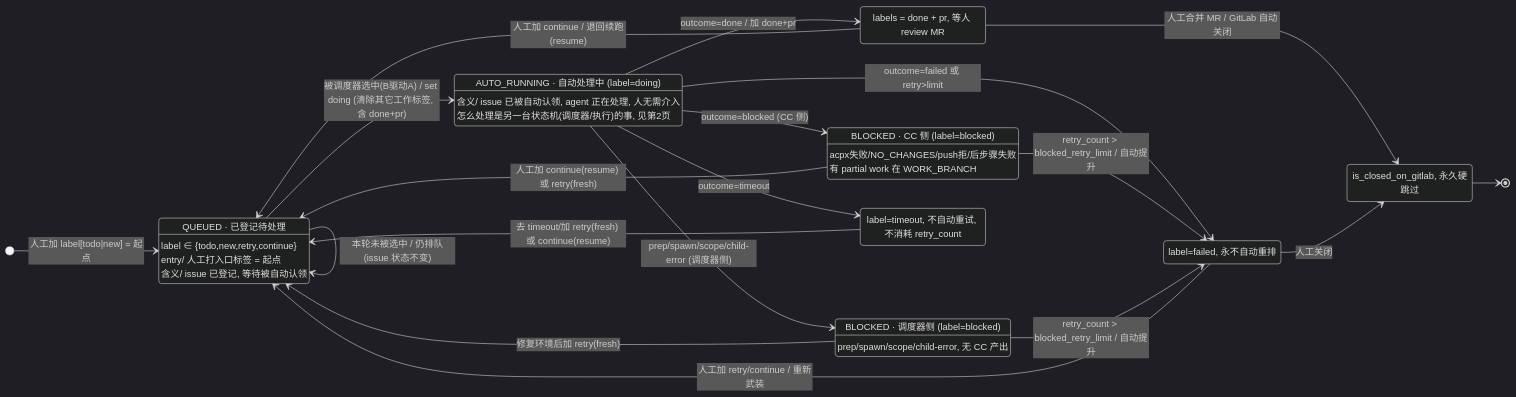
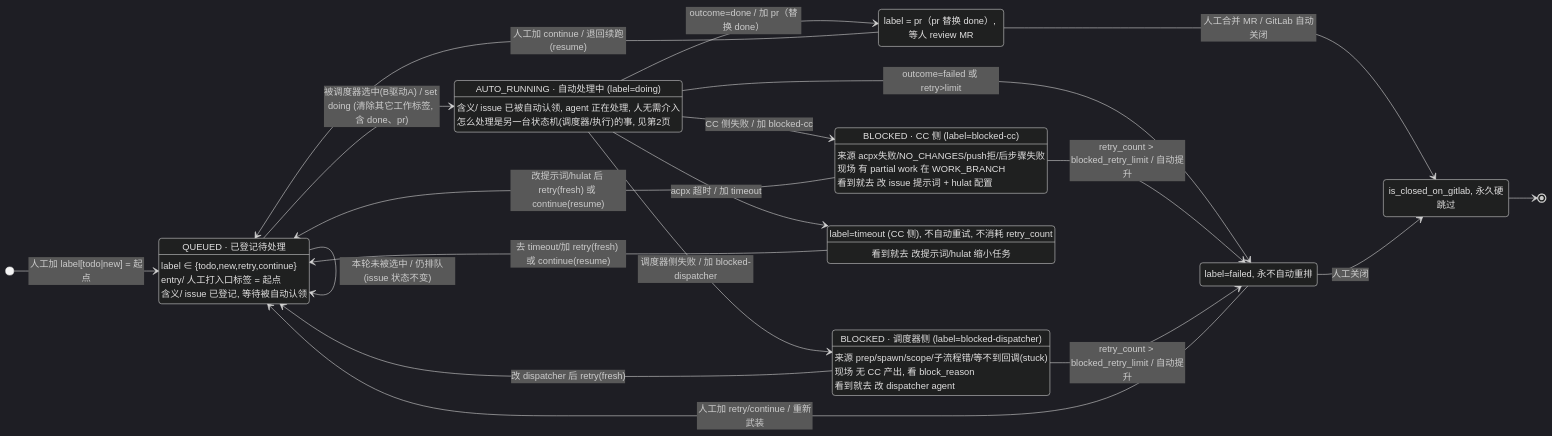
Before and after one commit to YCyberNexus/MyOpenClawAgents: the diagram in statemachine.v2.md, drawn with Mermaid (dark theme). The commit also changed other lines of this file and 1 other file, not shown here.

Commit message:
重构：状态机 v2 失败中间态按归因拆分，pr 改为替换 done
按评审「看到状态就知道该如何处理」的核心思想改造失败中间态：
把单一 blocked 按归因拆成两个独立 label / 状态——blocked-cc
（CC 侧：acpx 失败 / NO_CHANGES / push 拒 / 后步骤失败，去改 issue
提示词 + hulat）与 blocked-dispatcher（调度器侧：prep / spawn /
scope / 子流程错 / 等不到回调，去改 dispatcher agent）。timeout 保持
单一 CC 侧状态（实现里只由 acpx 跑超 wall-clock 产生）。

同时把 done+pr 改为 pr 替换 done：建 MR 后 add pr 的同时 remove done，
待评审态只剩 pr；据此第3条「label 是否独立」结论翻转为单一互斥维度。

另外清理 issue 状态机与 dispatcher 状态机的混画（AUTO_RUNNING 不再
写 dispatcher 内部步骤），拉大方框间距并缩短连线 label。

仅改状态机图与说明文档（设计提案），未改 agent 脚本 / 代码；落地需配套
改 ensure_labels / set_issue_label / reconcile / campaign 分类 / executor。

本次改动由 Claude Code 生成。

````diff
--- a/statemachine.v2.md
+++ b/statemachine.v2.md
@@ -94,49 +100,53 @@
 ```mermaid
 stateDiagram-v2
     direction LR
     [*] --> QUEUED : 人工加 label[todo|new] = 起点
 
     QUEUED : QUEUED · 已登记待处理
     QUEUED : label ∈ {todo,new,retry,continue}
     QUEUED : entry/ 人工打入口标签 = 起点
     QUEUED : 含义/ issue 已登记, 等待被自动认领
 
     QUEUED --> QUEUED       : 本轮未被选中 / 仍排队(issue 状态不变)
-    QUEUED --> AUTO_RUNNING : 被调度器选中(B驱动A) / set doing (清除其它工作标签, 含 done+pr)
+    QUEUED --> AUTO_RUNNING : 被调度器选中(B驱动A) / set doing (清除其它工作标签, 含 done、pr)
 
     AUTO_RUNNING : AUTO_RUNNING · 自动处理中 (label=doing)
     AUTO_RUNNING : 含义/ issue 已被自动认领, agent 正在处理, 人无需介入
     AUTO_RUNNING : 怎么处理是另一台状态机(调度器/执行)的事, 见第2页
 
-    AUTO_RUNNING --> AWAITING_REVIEW : outcome=done / 加 done+pr
-    AUTO_RUNNING --> BLOCKED_CC      : outcome=blocked (CC 侧)
-    AUTO_RUNNING --> BLOCKED_DISP    : prep/spawn/scope/child-error (调度器侧)
-    AUTO_RUNNING --> TIMEOUT         : outcome=timeout
+    AUTO_RUNNING --> AWAITING_REVIEW : outcome=done / 加 pr（替换 done）
+    AUTO_RUNNING --> BLOCKED_CC      : CC 侧失败 / 加 blocked-cc
+    AUTO_RUNNING --> BLOCKED_DISP    : 调度器侧失败 / 加 blocked-dispatcher
+    AUTO_RUNNING --> TIMEOUT         : acpx 超时 / 加 timeout
     AUTO_RUNNING --> FAILED          : outcome=failed 或 retry>limit
 
-    state "BLOCKED · CC 侧 (label=blocked)" as BLOCKED_CC
-    BLOCKED_CC : acpx失败/NO_CHANGES/push拒/后步骤失败
-    BLOCKED_CC : 有 partial work 在 WORK_BRANCH
+    state "BLOCKED · CC 侧 (label=blocked-cc)" as BLOCKED_CC
+    BLOCKED_CC : 来源 acpx失败/NO_CHANGES/push拒/后步骤失败
+    BLOCKED_CC : 现场 有 partial work 在 WORK_BRANCH
+    BLOCKED_CC : 看到就去 改 issue 提示词 + hulat 配置
 
-    state "BLOCKED · 调度器侧 (label=blocked)" as BLOCKED_DISP
-    BLOCKED_DISP : prep/spawn/scope/child-error, 无 CC 产出
+    state "BLOCKED · 调度器侧 (label=blocked-dispatcher)" as BLOCKED_DISP
+    BLOCKED_DISP : 来源 prep/spawn/scope/子流程错/等不到回调(stuck)
+    BLOCKED_DISP : 现场 无 CC 产出, 看 block_reason
+    BLOCKED_DISP : 看到就去 改 dispatcher agent
 
-    AWAITING_REVIEW : labels = done + pr, 等人 review MR
+    AWAITING_REVIEW : label = pr（pr 替换 done）, 等人 review MR
     AWAITING_REVIEW --> CLOSED : 人工合并 MR / GitLab 自动关闭
     AWAITING_REVIEW --> QUEUED : 人工加 continue / 退回续跑(resume)
 
-    BLOCKED_CC   --> QUEUED : 人工加 continue(resume) 或 retry(fresh)
+    BLOCKED_CC   --> QUEUED : 改提示词/hulat 后 retry(fresh) 或 continue(resume)
     BLOCKED_CC   --> FAILED : retry_count > blocked_retry_limit / 自动提升
-    BLOCKED_DISP --> QUEUED : 修复环境后加 retry(fresh)
+    BLOCKED_DISP --> QUEUED : 改 dispatcher 后 retry(fresh)
     BLOCKED_DISP --> FAILED : retry_count > blocked_retry_limit / 自动提升
 
-    TIMEOUT : label=timeout, 不自动重试, 不消耗 retry_count
+    TIMEOUT : label=timeout (CC 侧), 不自动重试, 不消耗 retry_count
+    TIMEOUT : 看到就去 改提示词/hulat 缩小任务
     TIMEOUT --> QUEUED : 去 timeout/加 retry(fresh) 或 continue(resume)
 
     FAILED : label=failed, 永不自动重排
     FAILED --> QUEUED : 人工加 retry/continue / 重新武装
     FAILED --> CLOSED : 人工关闭
 
     CLOSED : is_closed_on_gitlab, 永久硬跳过
     CLOSED --> [*]
 ```
````
